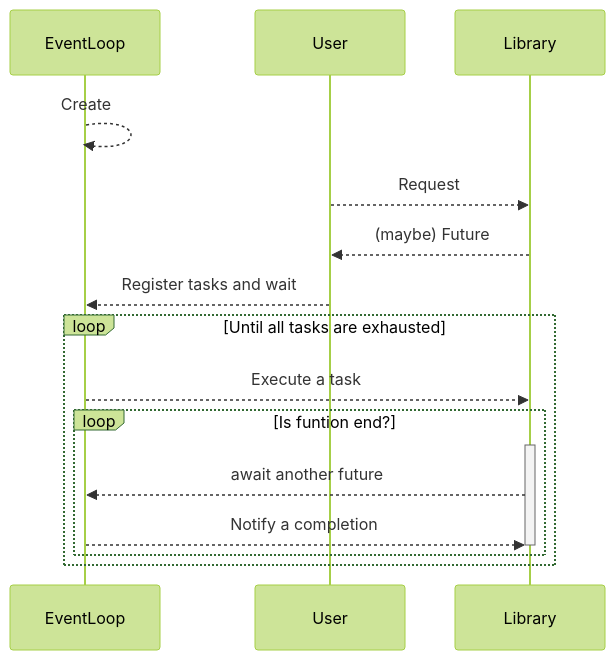
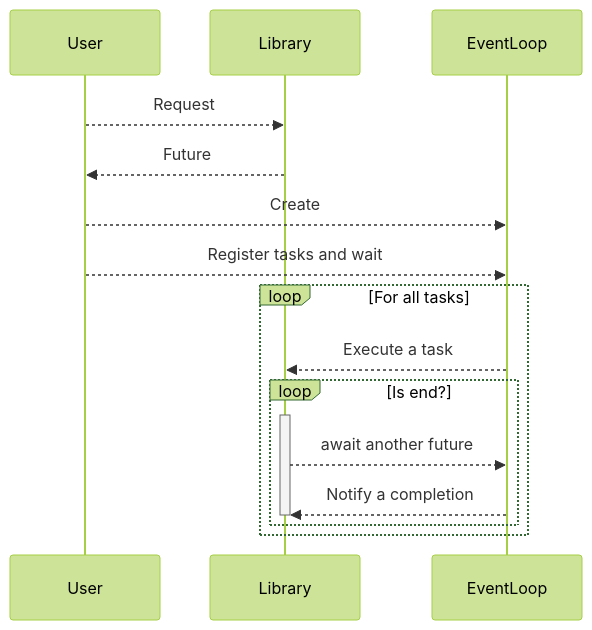
Before and after one commit to lacti/async-on-js-py: the diagram in images/python_internal.mmd, drawn with Mermaid (forest theme). The commit also changed 1 other file, not shown here.

Commit message:
More easy diagram

```diff
--- a/images/python_internal.mmd
+++ b/images/python_internal.mmd
@@ -1,18 +1,17 @@
 sequenceDiagram
-    EventLoop-->>EventLoop: Create
+    User-->>Library: Request
+    Library-->>User: Future
 
-    User-->>Library: Request
-    Library-->>User: (maybe) Future
-
+    User-->>EventLoop: Create
     User-->>EventLoop: Register tasks and wait
 
-    loop Until all tasks are exhausted
+    loop For all tasks
         EventLoop-->>Library: Execute a task
 
-        loop Is funtion end?
+        loop Is end?
             activate Library
                 Library-->>EventLoop: await another future
                 EventLoop-->>Library: Notify a completion
             deactivate Library
         end
     end
```
